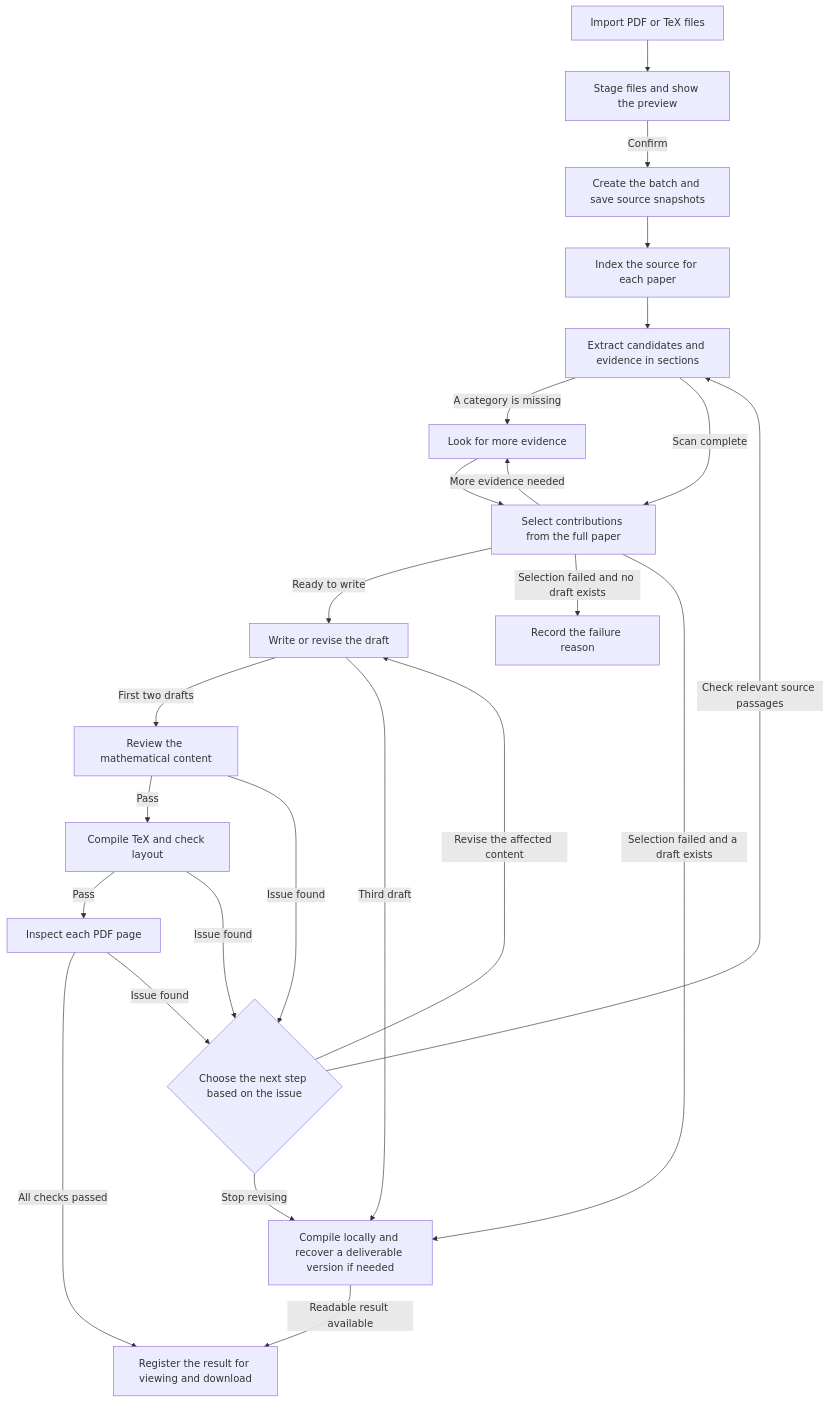
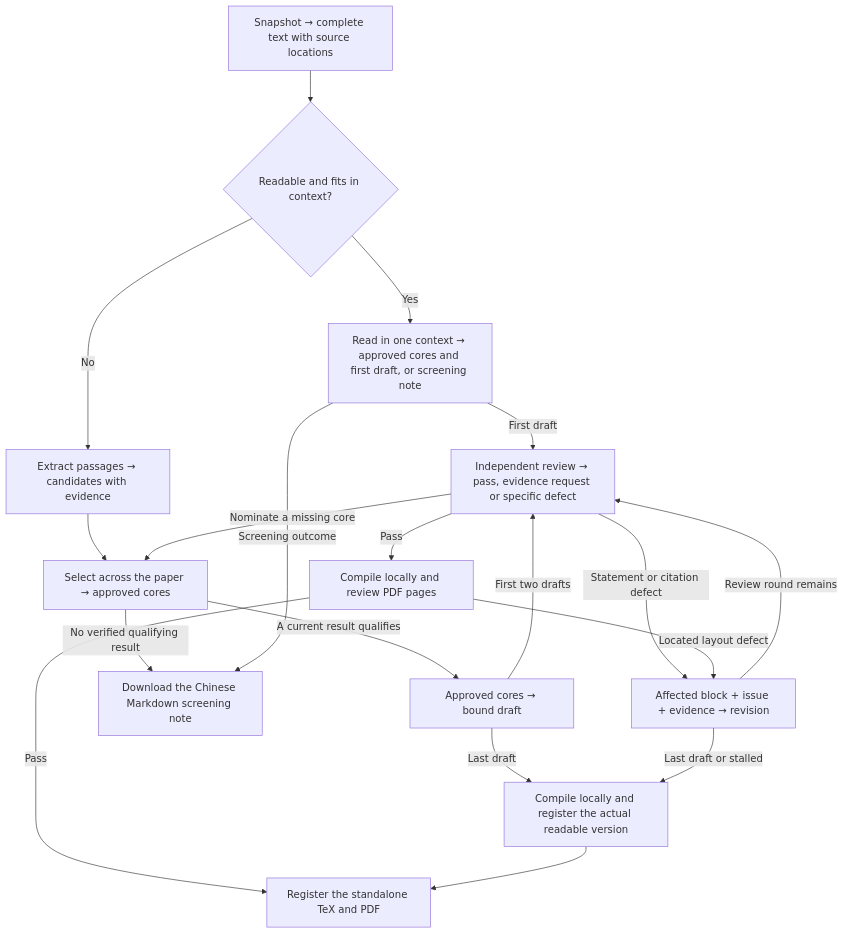
One commit to ZhiyaoXiongMath/paper-extraction changed the diagram in README.en.md. Above: the diagram before and after it, drawn with Mermaid. The commit also changed other lines of this file and 73 other files, not shown here.

Commit message:
Deliver source-grounded extraction with adaptive whole-paper routing

````diff
--- a/README.en.md
+++ b/README.en.md
@@ -61,26 +68,21 @@
 ```mermaid
 flowchart TB
-    U["Import PDF or TeX files"] --> A["Stage files and show the preview"]
-    A -->|Confirm| B["Create the batch and save source snapshots"]
-    B --> I["Index the source for each paper"]
-    I --> X["Extract candidates and evidence in sections"]
-    X -->|A category is missing| P["Look for more evidence"]
-    X -->|Scan complete| S["Select contributions from the full paper"]
-    P --> S
-    S -->|More evidence needed| P
-    S -->|Ready to write| D["Write or revise the draft"]
-    S -->|Selection failed and no draft exists| N["Record the failure reason"]
-    S -->|Selection failed and a draft exists| F["Compile locally and recover a deliverable version if needed"]
-    D -->|First two drafts| R["Review the mathematical content"]
-    D -->|Third draft| F
-    R -->|Pass| C["Compile TeX and check layout"]
-    C -->|Pass| V["Inspect each PDF page"]
-    V -->|All checks passed| O["Register the result for viewing and download"]
-    R -->|Issue found| Q{"Choose the next step based on the issue"}
-    C -->|Issue found| Q
-    V -->|Issue found| Q
-    Q -->|Check relevant source passages| X
-    Q -->|Revise the affected content| D
-    Q -->|Stop revising| F
-    F -->|Readable result available| O
+    I["Snapshot → complete text with source locations"] --> G{"Readable and fits in context?"}
+    G -->|Yes| D["Read in one context → approved cores and first draft, or screening note"]
+    G -->|No| X["Extract passages → candidates with evidence"]
+    X --> S["Select across the paper → approved cores"]
+    S -->|A current result qualifies| W["Approved cores → bound draft"]
+    S -->|No verified qualifying result| M["Download the Chinese Markdown screening note"]
+    D -->|Screening outcome| M
+    D -->|First draft| R["Independent review → pass, evidence request or specific defect"]
+    W -->|First two drafts| R
+    R -->|Nominate a missing core| S
+    R -->|Statement or citation defect| P["Affected block + issue + evidence → revision"]
+    R -->|Pass| C["Compile locally and review PDF pages"]
+    C -->|Pass| O["Register the standalone TeX and PDF"]
+    C -->|Located layout defect| P
+    P -->|Review round remains| R
+    W -->|Last draft| F["Compile locally and register the actual readable version"]
+    P -->|Last draft or stalled| F
+    F --> O
 ```
````
